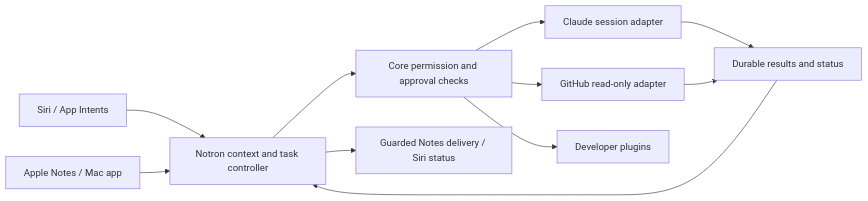
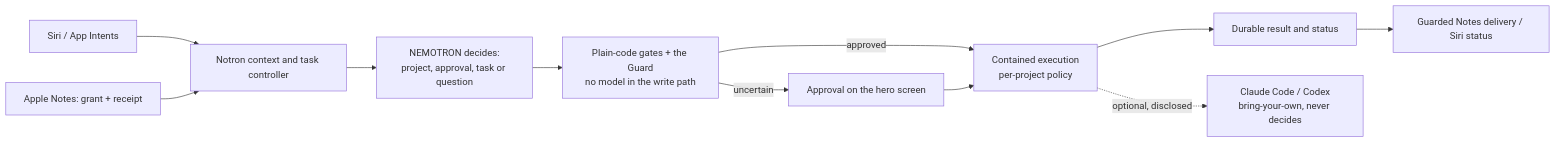
One commit to m1insights/notron changed the diagram in docs/production/repositioning-design.md. Above: the diagram before and after it, drawn with Mermaid. The commit also changed other lines of this file and 3 other files, not shown here.

````diff
--- a/docs/production/repositioning-design.md
+++ b/docs/production/repositioning-design.md
@@ -28,13 +59,13 @@
 ```mermaid
 flowchart LR
     Siri[Siri / App Intents] --> Core[Notron context and task controller]
-    Notes[Apple Notes / Mac app] --> Core
-    Core --> Gate[Core permission and approval checks]
-    Gate --> Claude[Claude session adapter]
-    Gate --> GitHub[GitHub read-only adapter]
-    Gate --> Future[Developer plugins]
-    Claude --> Tasks[Durable results and status]
-    GitHub --> Tasks
-    Tasks --> Core
-    Core --> Delivery[Guarded Notes delivery / Siri status]
+    Notes[Apple Notes: grant + receipt] --> Core
+    Core --> Decide[NEMOTRON decides:<br/>project, approval, task or question]
+    Decide --> Gates[Plain-code gates + the Guard<br/>no model in the write path]
+    Gates -->|approved| Contain[Contained execution<br/>per-project policy]
+    Gates -->|uncertain| Approve[Approval on the hero screen]
+    Approve --> Contain
+    Contain --> Result[Durable result and status]
+    Result --> Delivery[Guarded Notes delivery / Siri status]
+    Contain -. optional, disclosed .-> BYO[Claude Code / Codex<br/>bring-your-own, never decides]
 ```
````
